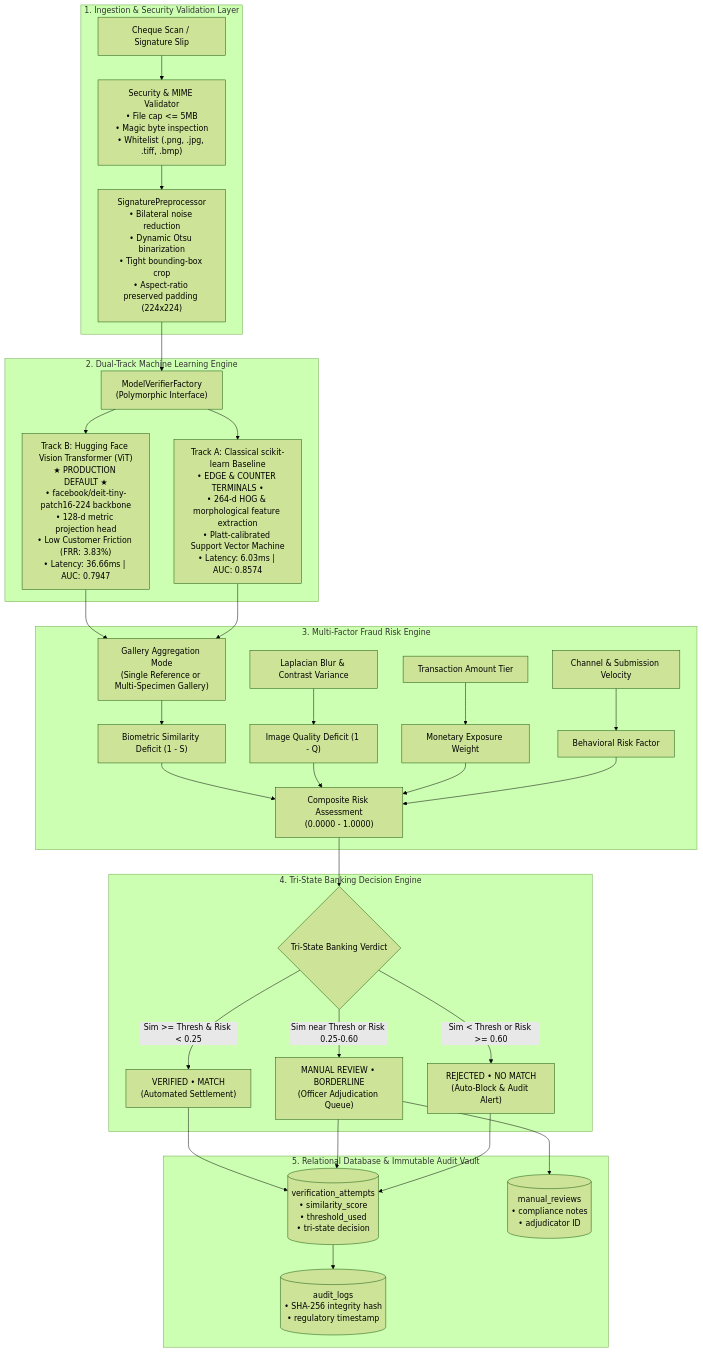
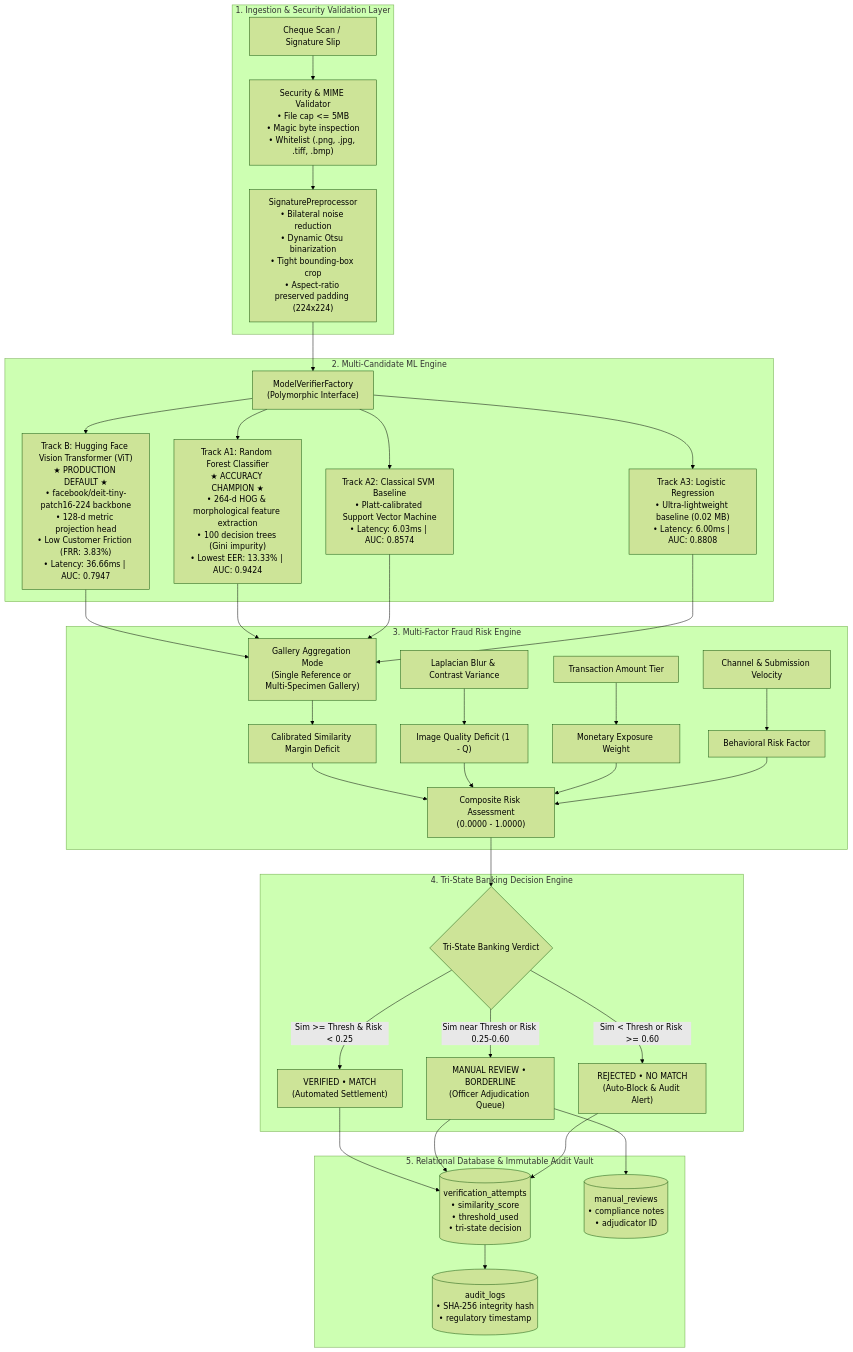
The diagram in README.md (neeravjain91-jpg/signature-v), drawn with Mermaid (forest theme) before and after one commit. The commit also changed other lines of this file and 21 other files, not shown here.

````diff
--- a/README.md
+++ b/README.md
@@ -19,35 +19,37 @@
 ```mermaid
 flowchart TD
     subgraph Ingestion_Layer ["1. Ingestion & Security Validation Layer"]
         DOC["Cheque Scan / Signature Slip"] --> VAL["Security & MIME Validator<br/>• File cap <= 5MB<br/>• Magic byte inspection<br/>• Whitelist (.png, .jpg, .tiff, .bmp)"]
         VAL --> PRE["SignaturePreprocessor<br/>• Bilateral noise reduction<br/>• Dynamic Otsu binarization<br/>• Tight bounding-box crop<br/>• Aspect-ratio preserved padding (224x224)"]
     end
 
-    subgraph Dual_Track_Core ["2. Dual-Track Machine Learning Engine"]
+    subgraph ML_Candidates ["2. Multi-Candidate ML Engine"]
         PRE --> DISPATCHER["ModelVerifierFactory<br/>(Polymorphic Interface)"]
         DISPATCHER --> TRACK_B["Track B: Hugging Face Vision Transformer (ViT)<br/>★ PRODUCTION DEFAULT ★<br/>• facebook/deit-tiny-patch16-224 backbone<br/>• 128-d metric projection head<br/>• Low Customer Friction (FRR: 3.83%)<br/>• Latency: 36.66ms | AUC: 0.7947"]
-        DISPATCHER --> TRACK_A["Track A: Classical scikit-learn Baseline<br/>• EDGE & COUNTER TERMINALS •<br/>• 264-d HOG & morphological feature extraction<br/>• Platt-calibrated Support Vector Machine<br/>• Latency: 6.03ms | AUC: 0.8574"]
+        DISPATCHER --> TRACK_A1["Track A1: Random Forest Classifier<br/>★ ACCURACY CHAMPION ★<br/>• 264-d HOG & morphological feature extraction<br/>• 100 decision trees (Gini impurity)<br/>• Lowest EER: 13.33% | AUC: 0.9424"]
+        DISPATCHER --> TRACK_A2["Track A2: Classical SVM Baseline<br/>• Platt-calibrated Support Vector Machine<br/>• Latency: 6.03ms | AUC: 0.8574"]
+        DISPATCHER --> TRACK_A3["Track A3: Logistic Regression<br/>• Ultra-lightweight baseline (0.02 MB)<br/>• Latency: 6.00ms | AUC: 0.8808"]
     end
 
     subgraph Risk_Engine ["3. Multi-Factor Fraud Risk Engine"]
-        TRACK_B & TRACK_A --> AGG["Gallery Aggregation Mode<br/>(Single Reference or Multi-Specimen Gallery)"]
-        AGG --> S_COMP["Biometric Similarity Deficit (1 - S)"]
+        TRACK_B & TRACK_A1 & TRACK_A2 & TRACK_A3 --> AGG["Gallery Aggregation Mode<br/>(Single Reference or Multi-Specimen Gallery)"]
+        AGG --> S_COMP["Calibrated Similarity Margin Deficit"]
         QUALITY["Laplacian Blur & Contrast Variance"] --> Q_COMP["Image Quality Deficit (1 - Q)"]
         TXN["Transaction Amount Tier"] --> T_COMP["Monetary Exposure Weight"]
         BEH["Channel & Submission Velocity"] --> B_COMP["Behavioral Risk Factor"]
         S_COMP & Q_COMP & T_COMP & B_COMP --> COMPOSITE["Composite Risk Assessment<br/>(0.0000 - 1.0000)"]
     end
 
     subgraph Decision_Engine ["4. Tri-State Banking Decision Engine"]
         COMPOSITE --> DECISION{"Tri-State Banking Verdict"}
         DECISION -->|"Sim >= Thresh & Risk < 0.25"| PASS["VERIFIED • MATCH<br/>(Automated Settlement)"]
         DECISION -->|"Sim near Thresh or Risk 0.25-0.60"| REVIEW["MANUAL REVIEW • BORDERLINE<br/>(Officer Adjudication Queue)"]
         DECISION -->|"Sim < Thresh or Risk >= 0.60"| REJECT["REJECTED • NO MATCH<br/>(Auto-Block & Audit Alert)"]
     end
 
     subgraph Relational_Audit ["5. Relational Database & Immutable Audit Vault"]
         PASS & REVIEW & REJECT --> DB_TXN[("verification_attempts<br/>• similarity_score<br/>• threshold_used<br/>• tri-state decision")]
         REVIEW --> DB_QUEUE[("manual_reviews<br/>• compliance notes<br/>• adjudicator ID")]
         DB_TXN --> DB_AUDIT[("audit_logs<br/>• SHA-256 integrity hash<br/>• regulatory timestamp")]
     end
 ```
````
